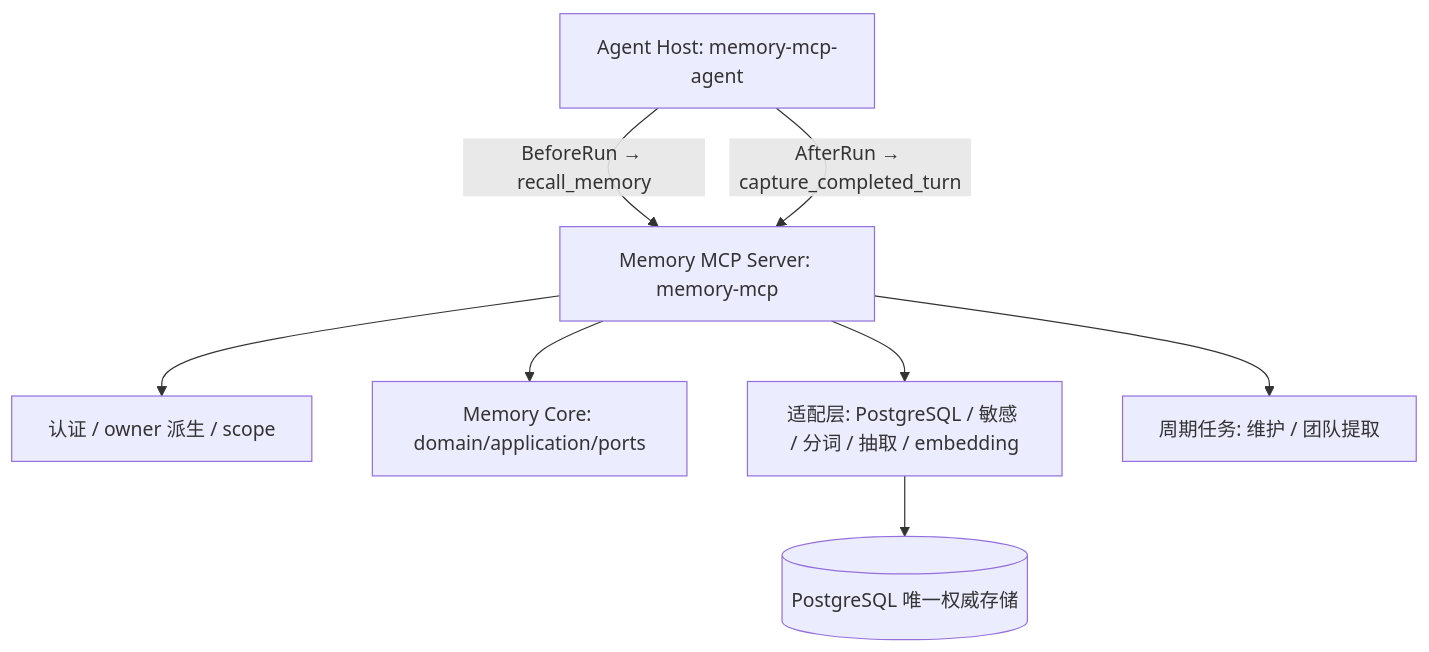
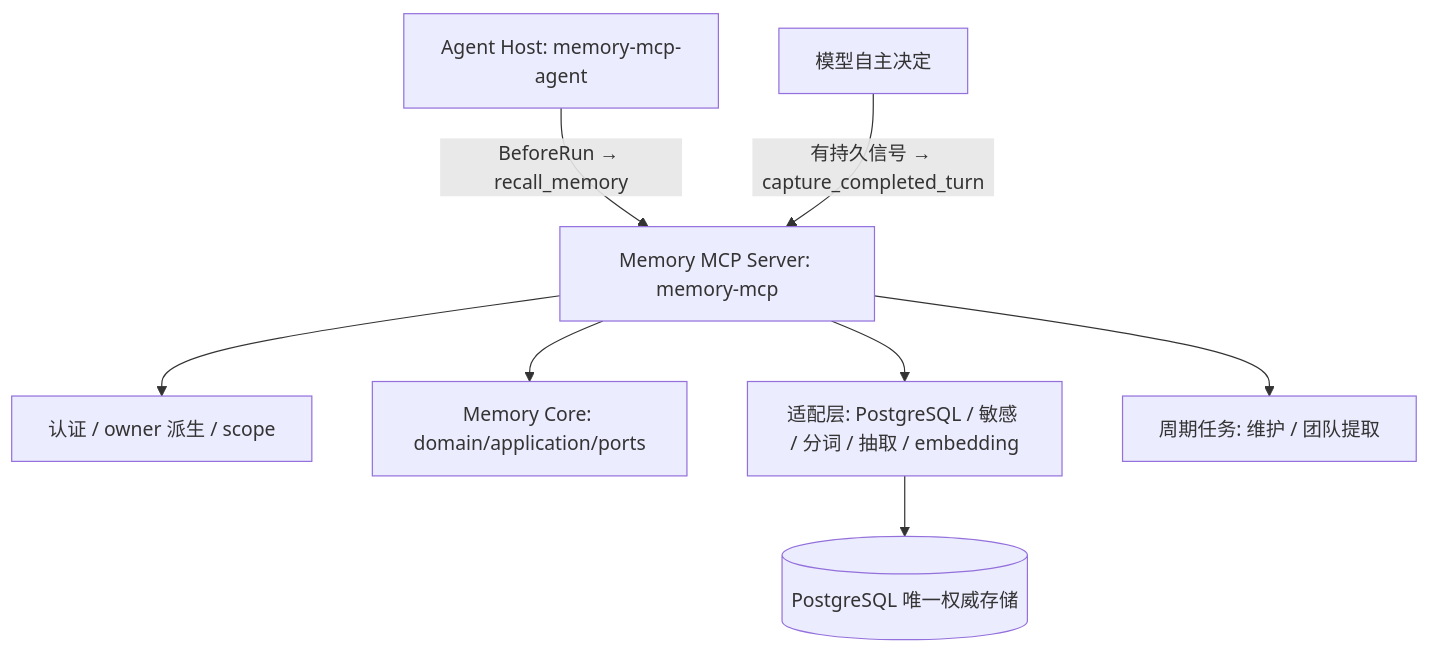
One commit to dxiaosen/memory-mcp changed the diagram in docs/README.md. Above: the diagram before and after it, drawn with Mermaid. The commit also changed 19 other files, not shown here.

````diff
--- a/docs/README.md
+++ b/docs/README.md
@@ -21,10 +21,10 @@
 ```mermaid
 flowchart TD
     AH[Agent Host: memory-mcp-agent] -->|BeforeRun → recall_memory| SRV
-    AH -->|AfterRun → capture_completed_turn| SRV
+    MODEL[模型自主决定] -->|有持久信号 → capture_completed_turn| SRV
     SRV[Memory MCP Server: memory-mcp] --> AUTH[认证 / owner 派生 / scope]
     SRV --> CORE[Memory Core: domain/application/ports]
     SRV --> ADAPT[适配层: PostgreSQL / 敏感 / 分词 / 抽取 / embedding]
     ADAPT --> PG[(PostgreSQL 唯一权威存储)]
     SRV --> MAINT[周期任务: 维护 / 团队提取]
 ```
````
